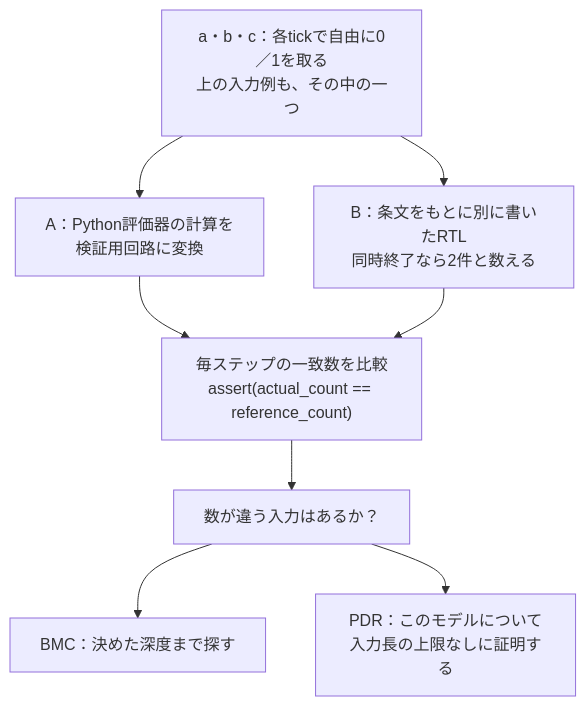
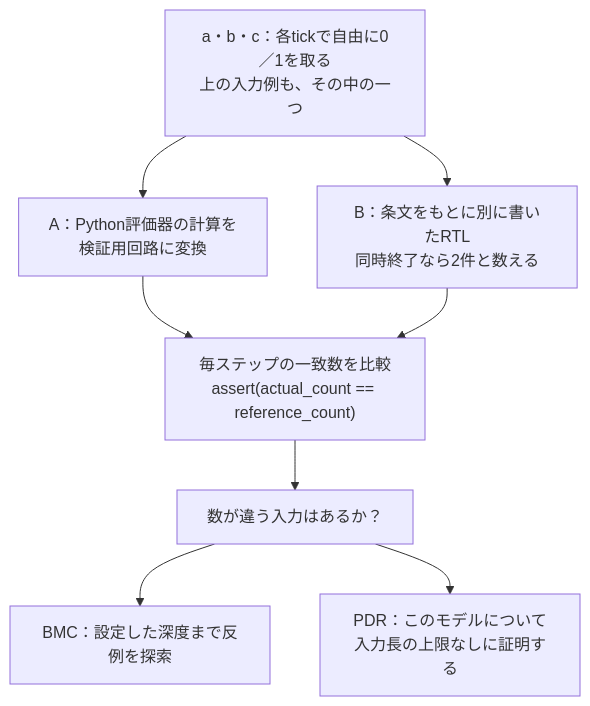
One commit to kurochan001/kirimasim-tests changed the second of 4 diagrams in docs/sva-reference-formal-verification.md. Above: the diagram before and after it, drawn with Mermaid. The commit also changed other lines of this file and 48 other files, not shown here.

````diff
--- a/docs/sva-reference-formal-verification.md
+++ b/docs/sva-reference-formal-verification.md
@@ -102,10 +102,10 @@
 ```mermaid
 flowchart TD
     Input["a・b・c：各tickで自由に0／1を取る<br/>上の入力例も、その中の一つ"] --> A["A：Python評価器の計算を<br/>検証用回路に変換"]
     Input --> B["B：条文をもとに別に書いたRTL<br/>同時終了なら2件と数える"]
     A --> Compare["毎ステップの一致数を比較<br/>assert(actual_count == reference_count)"]
     B --> Compare
     Compare --> Search["数が違う入力はあるか？"]
-    Search --> BMC["BMC：決めた深度まで探す"]
+    Search --> BMC["BMC：設定した深度まで反例を探索"]
     Search --> PDR["PDR：このモデルについて<br/>入力長の上限なしに証明する"]
 ```
````
